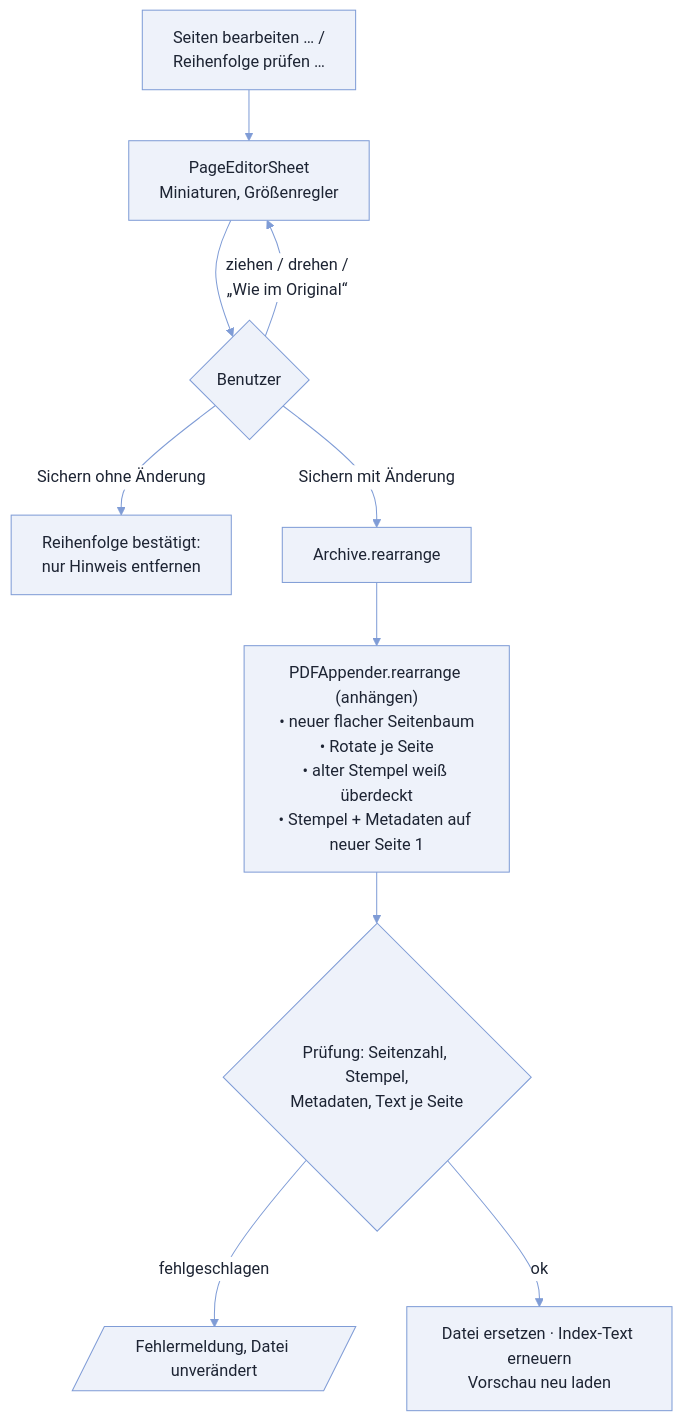
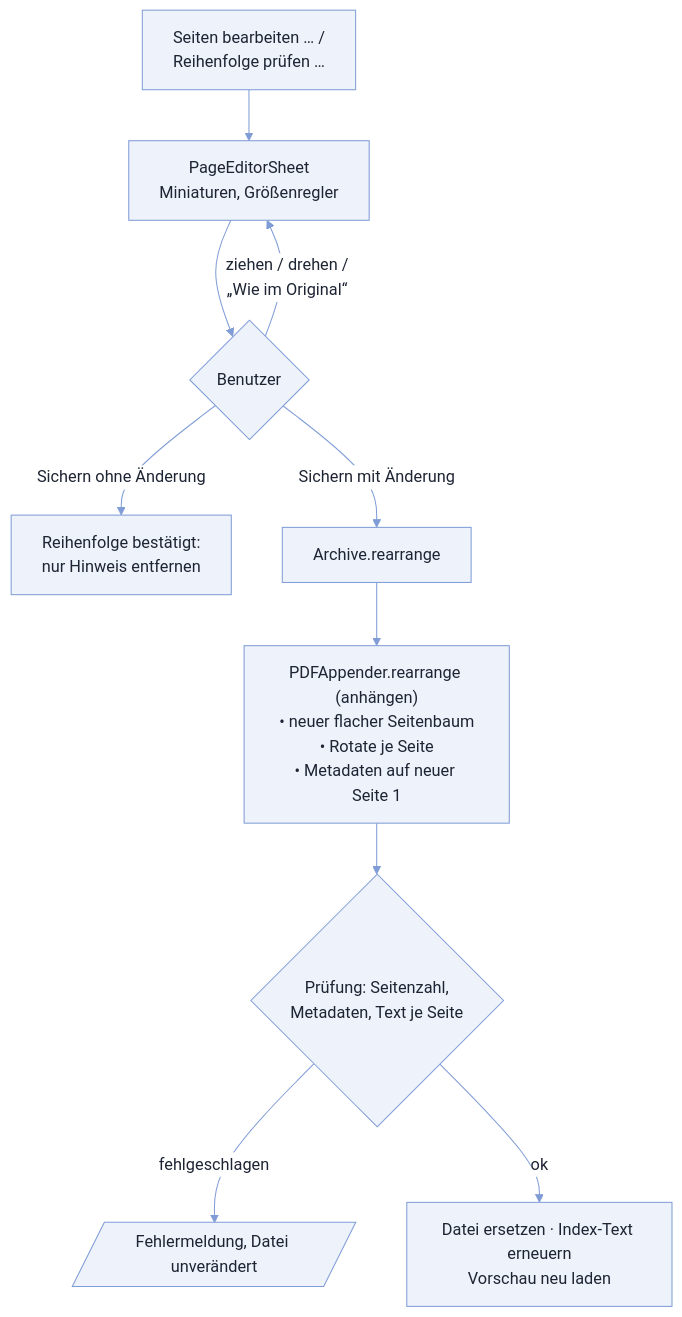
Before and after one commit to maziac/the-archiver-src: diagram 12 of 14 in docs/ARCHITEKTUR.md, drawn with Mermaid. The commit also changed other lines of this file and 24 other files, not shown here.

````diff
--- a/docs/ARCHITEKTUR.md
+++ b/docs/ARCHITEKTUR.md
@@ -410,13 +411,13 @@
 ```mermaid
 %%{init: {"theme": "base", "themeVariables": {"lineColor": "#7f9cd6", "primaryColor": "#eef2fa", "primaryTextColor": "#1d2433", "primaryBorderColor": "#7f9cd6", "secondaryColor": "#f3f0fa", "tertiaryColor": "#f6f8fc", "clusterBkg": "#f6f8fc", "clusterBorder": "#7f9cd6", "titleColor": "#1d2433", "edgeLabelBackground": "#ffffff", "textColor": "#1d2433", "signalColor": "#7f9cd6", "signalTextColor": "#7f9cd6", "actorBkg": "#eef2fa", "actorBorder": "#7f9cd6", "actorTextColor": "#1d2433", "actorLineColor": "#7f9cd6", "labelBoxBkgColor": "#eef2fa", "labelTextColor": "#1d2433", "loopTextColor": "#7f9cd6", "noteBkgColor": "#fff7d6", "noteTextColor": "#1d2433"}, "themeCSS": ".flowchart-link, .messageLine0, .messageLine1, .actor-line { stroke-width: 2px !important; }"}}%%
 flowchart TD
     A["Seiten bearbeiten … /<br/>Reihenfolge prüfen …"] --> B["PageEditorSheet<br/>Miniaturen, Größenregler"]
     B --> C{"Benutzer"}
     C -- "ziehen / drehen /<br/>„Wie im Original“" --> B
     C -- "Sichern ohne Änderung" --> D["Reihenfolge bestätigt:<br/>nur Hinweis entfernen"]
     C -- "Sichern mit Änderung" --> E["Archive.rearrange"]
-    E --> F["PDFAppender.rearrange (anhängen)<br/>• neuer flacher Seitenbaum<br/>• Rotate je Seite<br/>• alter Stempel weiß überdeckt<br/>• Stempel + Metadaten auf neuer Seite 1"]
-    F --> G{"Prüfung: Seitenzahl, Stempel,<br/>Metadaten, Text je Seite"}
+    E --> F["PDFAppender.rearrange (anhängen)<br/>• neuer flacher Seitenbaum<br/>• Rotate je Seite<br/>• Metadaten auf neuer Seite 1"]
+    F --> G{"Prüfung: Seitenzahl,<br/>Metadaten, Text je Seite"}
     G -- fehlgeschlagen --> H[/"Fehlermeldung, Datei unverändert"/]
     G -- ok --> I["Datei ersetzen · Index-Text erneuern<br/>Vorschau neu laden"]
 ```
````
